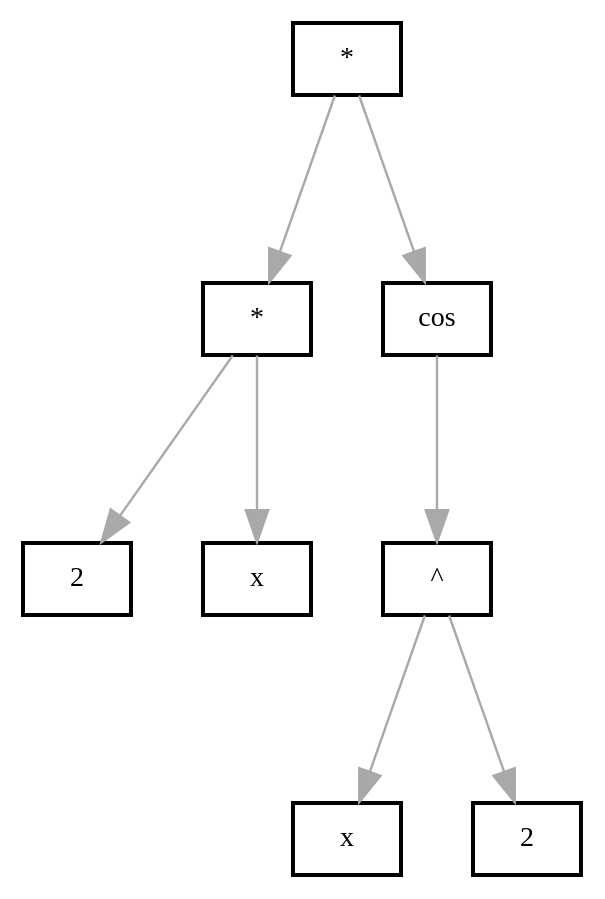
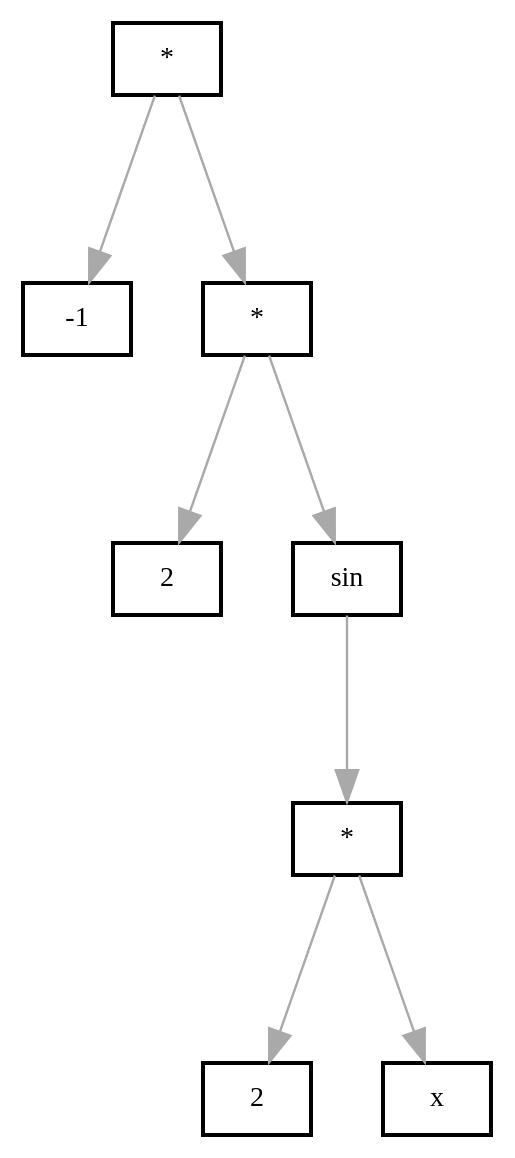
Before and after one commit to kefirRzevo/Differentiator: the diagram in logfiles/res/tree3.dot, drawn with Graphviz. The commit also changed 14 other files, not shown here.

```diff
--- a/logfiles/res/tree3.dot
+++ b/logfiles/res/tree3.dot
@@ -1,42 +1,42 @@
 	digraph
 	{
 		edge [color     = darkgrey]
 		edge [arrowsize = 1.6]
 		edge [penwidth  = 1.2]
 
 		graph [penwidth = 2]
 		graph [ranksep  = 1.3]
 		graph [nodesep  = 0.5]
 		graph [style    = "filled"]
 		graph [color    = green, fillcolor = lightgreen]
 
 		node [penwidth = 2]
 		node [shape    = box]
 		node [color    = black, fillcolor = white]
 
 		compound  = true;
 		newrank   = true;
 
-		Node0x600003089200[label = "*"]
-		Node0x600003089200 -> Node0x60000308c1e0
+		Node0x600002b952a0[label = "*"]
+		Node0x600002b952a0 -> Node0x600002b95300
 
-		Node0x60000308c1e0[label = "*"]
-		Node0x60000308c1e0 -> Node0x60000308c120
+		Node0x600002b95300[label = "-1"]
+		Node0x600002b952a0 -> Node0x600002b953c0
 
-		Node0x60000308c120[label = "2"]
-		Node0x60000308c1e0 -> Node0x60000308c140
+		Node0x600002b953c0[label = "*"]
+		Node0x600002b953c0 -> Node0x600002b95320
 
-		Node0x60000308c140[label = "x"]
-		Node0x600003089200 -> Node0x60000308c0c0
+		Node0x600002b95320[label = "2"]
+		Node0x600002b953c0 -> Node0x600002b953a0
 
-		Node0x60000308c0c0[label = "cos"]
-		Node0x60000308c0c0 -> Node0x60000308c060
+		Node0x600002b953a0[label = "sin"]
+		Node0x600002b953a0 -> Node0x600002b95340
 
-		Node0x60000308c060[label = "^"]
-		Node0x60000308c060 -> Node0x60000308c080
+		Node0x600002b95340[label = "*"]
+		Node0x600002b95340 -> Node0x600002b95360
 
-		Node0x60000308c080[label = "x"]
-		Node0x60000308c060 -> Node0x60000308c0a0
+		Node0x600002b95360[label = "2"]
+		Node0x600002b95340 -> Node0x600002b95380
 
-		Node0x60000308c0a0[label = "2"]
+		Node0x600002b95380[label = "x"]
 	}
```
